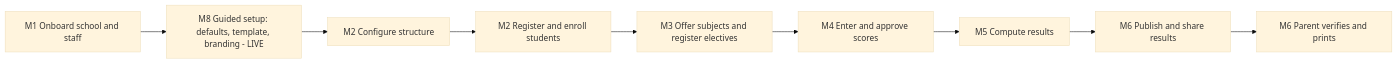
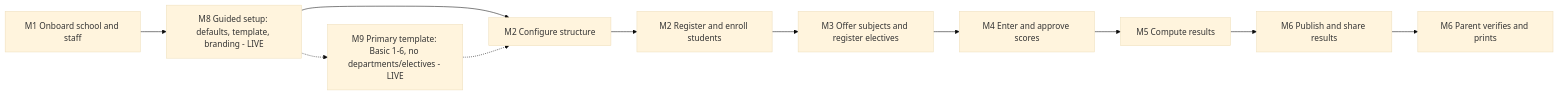
One commit to Dev-Eyitayo/Student-Portal changed the first of 2 diagrams in docs/frontend/user-journeys.md. Above: the diagram before and after it, drawn with Mermaid (base theme). The commit also changed other lines of this file and 18 other files, not shown here.

Commit message:
feat: add M9 Nigerian primary school (Basic 1-6) support

````diff
--- a/docs/frontend/user-journeys.md
+++ b/docs/frontend/user-journeys.md
@@ -9,11 +9,13 @@
 ```mermaid
 flowchart LR
     Onboard[M1 Onboard school and staff] --> Wizard[M8 Guided setup: defaults, template, branding - LIVE]
     Wizard --> Structure[M2 Configure structure]
     Structure --> Students[M2 Register and enroll students]
     Students --> Subjects[M3 Offer subjects and register electives]
     Subjects --> Scores[M4 Enter and approve scores]
     Scores --> Compute[M5 Compute results]
     Compute --> Publish[M6 Publish and share results]
     Publish --> Verify[M6 Parent verifies and prints]
+    Wizard -.-> Primary[M9 Primary template: Basic 1-6, no departments/electives - LIVE]
+    Primary -.-> Structure
 ```
````
